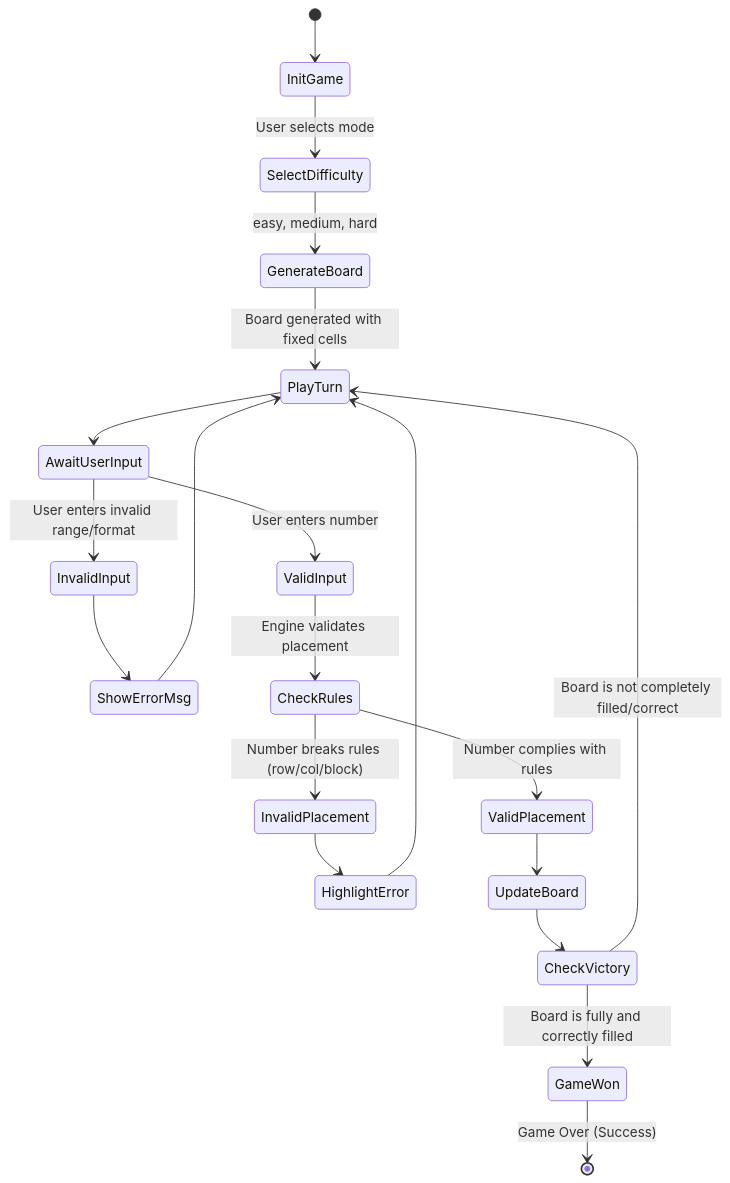
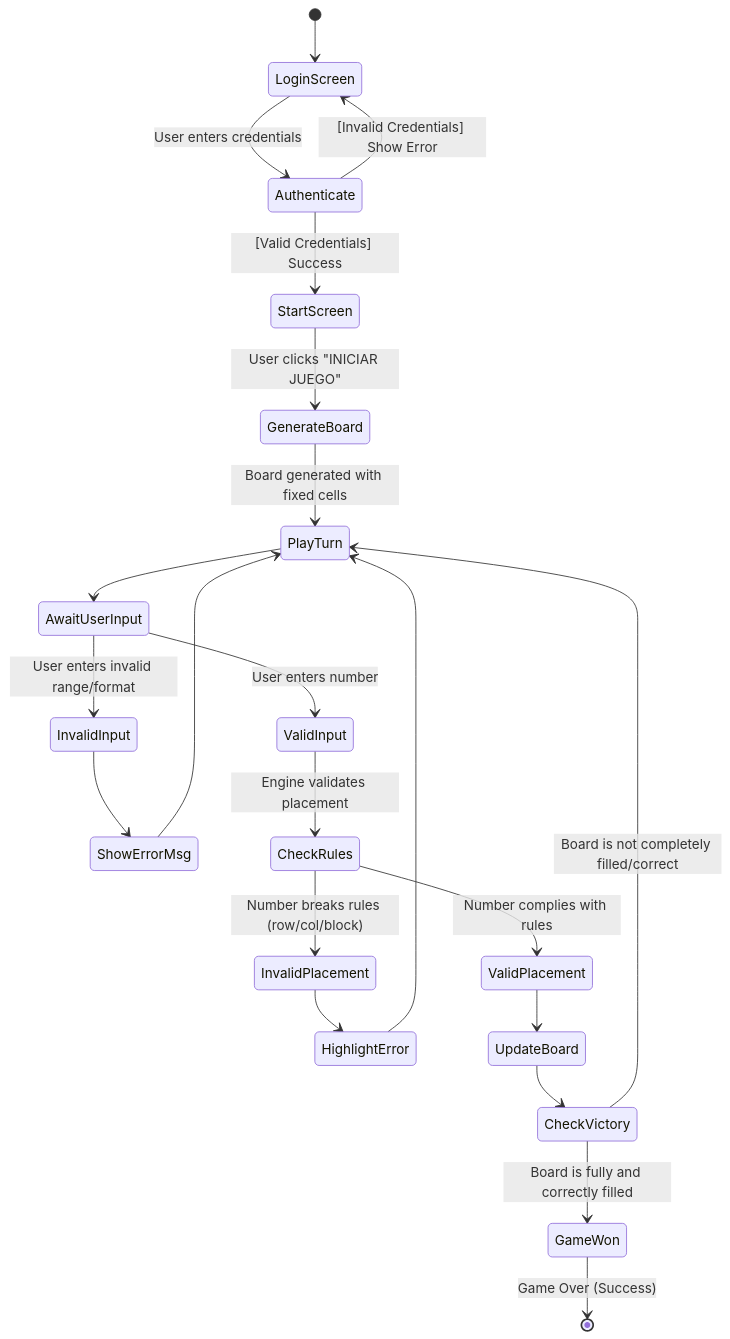
Before and after one commit to Pablobc1208/Sudoku_SI: the diagram in ACTIVITY_DIAGRAM.md, drawn with Mermaid. The commit also changed 2 other files, not shown here.

Commit message:
Ingenieria inversa de los diagramas y mini correccion en el main

````diff
--- a/ACTIVITY_DIAGRAM.md
+++ b/ACTIVITY_DIAGRAM.md
@@ -3,33 +3,36 @@
 ```mermaid
 stateDiagram-v2
-    [*] --> InitGame
+    [*] --> LoginScreen
     
-    InitGame --> SelectDifficulty : User selects mode
-    SelectDifficulty --> GenerateBoard : easy, medium, hard
+    LoginScreen --> Authenticate : User enters credentials
+    Authenticate --> LoginScreen : [Invalid Credentials] Show Error
+    Authenticate --> StartScreen : [Valid Credentials] Success
+    
+    StartScreen --> GenerateBoard : User clicks "INICIAR JUEGO"
     
     GenerateBoard --> PlayTurn : Board generated with fixed cells
     
     PlayTurn --> AwaitUserInput
     
     AwaitUserInput --> ValidInput : User enters number
     AwaitUserInput --> InvalidInput : User enters invalid range/format
     
     InvalidInput --> ShowErrorMsg
     ShowErrorMsg --> PlayTurn
     
     ValidInput --> CheckRules : Engine validates placement
     
     CheckRules --> ValidPlacement : Number complies with rules
     CheckRules --> InvalidPlacement : Number breaks rules (row/col/block)
     
     InvalidPlacement --> HighlightError
     HighlightError --> PlayTurn
     
     ValidPlacement --> UpdateBoard
     UpdateBoard --> CheckVictory
     
     CheckVictory --> PlayTurn : Board is not completely filled/correct
     CheckVictory --> GameWon : Board is fully and correctly filled
     
     GameWon --> [*] : Game Over (Success)
 ```
````
